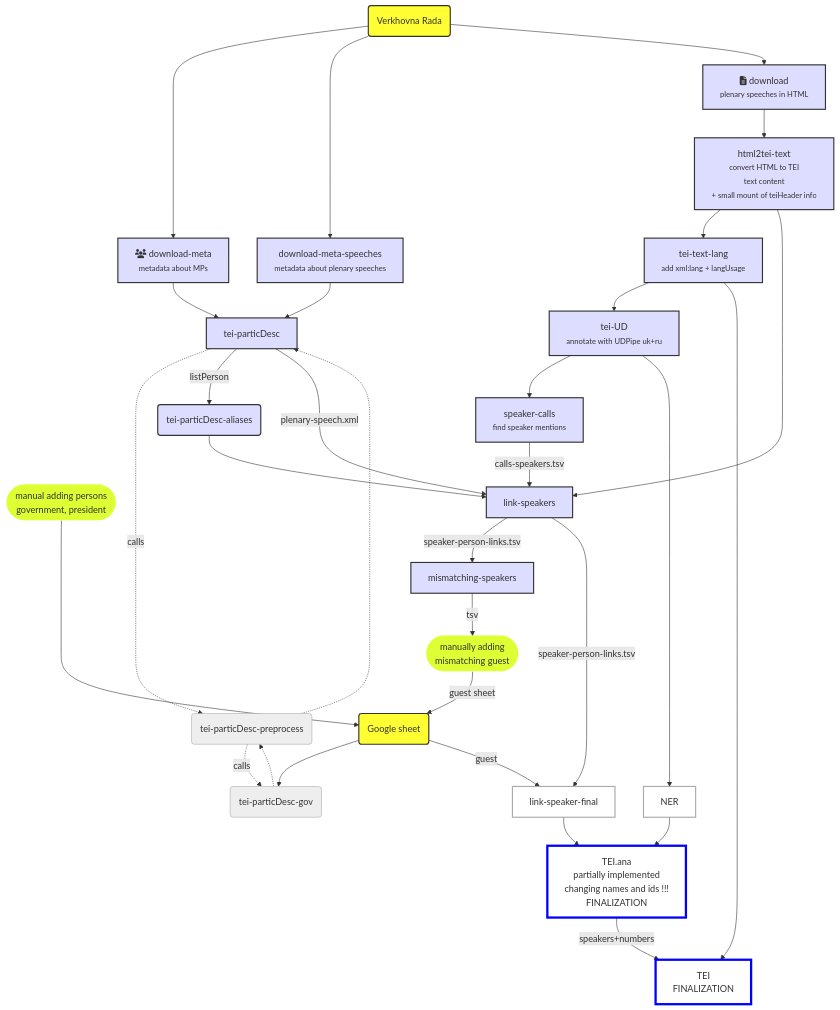
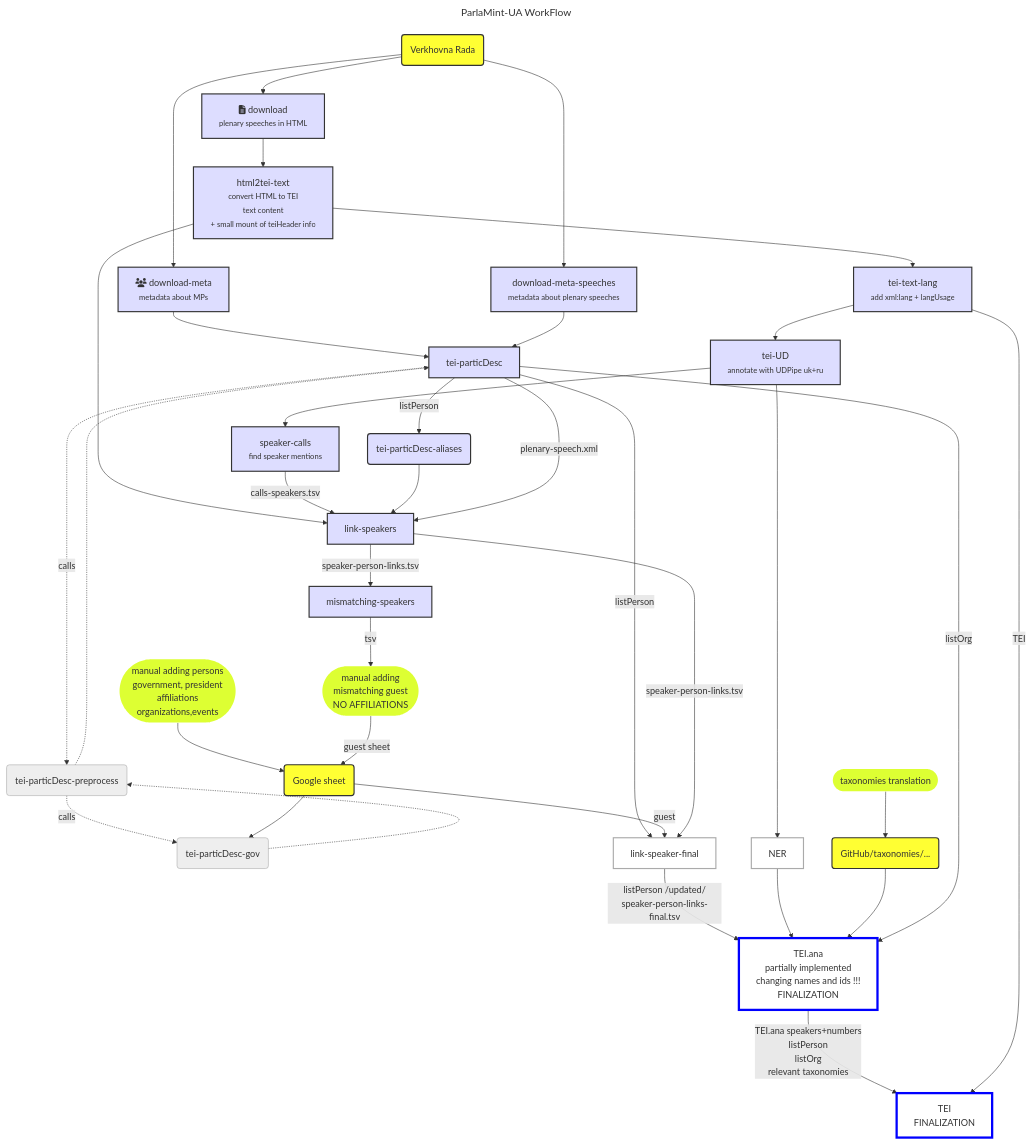
One commit to ufal/ParlaMint-UA changed the diagram in README.md. Above: the diagram before and after it, drawn with Mermaid.

Commit message:
update diagram

````diff
--- a/README.md
+++ b/README.md
@@ -5,68 +5,75 @@
 ```mermaid
+---
+title: ParlaMint-UA WorkFlow
+---
 graph TB
     VR(Verkhovna Rada):::in
-    
+
     DM[fa:fa-users download-meta<br><small>metadata about MPs</small>]
     VR --> DM
     DMsp[download-meta-speeches<br><small>metadata about plenary speeches</small>]
     VR --> DMsp
     tei-particDesc[tei-particDesc]
     DM --> tei-particDesc
     DMsp --> tei-particDesc
 
     tei-particDesc -. calls .-> tei-particDesc-preprocess(tei-particDesc-preprocess):::gr
     tei-particDesc-preprocess -.-> tei-particDesc
     tei-particDesc-preprocess -. calls .-> tei-particDesc-gov(tei-particDesc-gov):::gr
     tei-particDesc-gov -.-> tei-particDesc-preprocess
-    GOV([manual adding persons<br>government, president]):::MANUAL
-    GS(Google sheet):::in 
-    GOV ----> GS
+    GOV([manual adding persons<br>government, president<br>affiliations<br>organizations,events]):::MANUAL
+    GS(Google sheet):::in
+    GOV --> GS
     GS --> tei-particDesc-gov
     tei-particDesc --listPerson--> tei-particDesc-aliases(tei-particDesc-aliases)
- 
+
     DP[fa:fa-file-text download<br><small>plenary speeches in HTML</small>]
     VR --> DP
 
     HTML[html2tei-text<br><small>convert HTML to TEI<br>text content <br>+ small mount of teiHeader info</small>]
     DP --> HTML
     TEIlang[tei-text-lang<br><small>add xml:lang + langUsage </small>]
     HTML --> TEIlang
     TEIud[tei-UD<br><small>annotate with UDPipe uk+ru</small>]
     TEIlang --> TEIud
     SC[speaker-calls<br><small>find speaker mentions</small>]
     TEIud --> SC
-    
+
     TEIner[NER]:::TODO
     TEIud --> TEIner
 
     link-speakers[link-speakers]
     HTML --> link-speakers
     SC --calls-speakers.tsv--> link-speakers
     tei-particDesc-aliases --> link-speakers
     tei-particDesc --plenary-speech.xml--> link-speakers
 
     mismatching-speakers[mismatching-speakers]
     link-speakers --speaker-person-links.tsv--> mismatching-speakers
-    manMiss([manually adding<br>mismatching guest]):::MANUAL
+    manMiss([manual adding<br>mismatching guest<br>NO AFFILIATIONS]):::MANUAL
     mismatching-speakers --tsv--> manMiss
     manMiss --guest sheet-->GS
-    
+
     link-speaker-final[link-speaker-final]:::TODO
+    tei-particDesc --listPerson--> link-speaker-final
     GS --guest--> link-speaker-final
     link-speakers --speaker-person-links.tsv--> link-speaker-final
+    taxonomies-man([taxonomies translation]):::MANUAL --> taxonomies(GitHub/taxonomies/...):::in
 
     TEIana[TEI.ana<br>partially implemented<br>changing names and ids !!!<br>FINALIZATION]:::TODOfin
-    link-speaker-final --> TEIana
+    link-speaker-final --listPerson /updated/<br>speaker-person-links-final.tsv--> TEIana
     TEIner --> TEIana
-    
+    taxonomies --> TEIana
+    tei-particDesc --listOrg--> TEIana
+
     TEI[TEI<br>FINALIZATION]:::TODOfin
-    TEIana --speakers+numbers-->TEI
-    TEIlang -->TEI
+    TEIana --TEI.ana speakers+numbers<br>listPerson<br>listOrg<br>relevant taxonomies-->TEI
+    TEIlang --TEI-->TEI
     
     classDef default fill:#ddf,stroke:#333,stroke-width:2px;
     classDef in fill:#ff3;
     classDef gr fill:#eee,stroke:#aaa,stroke-width:1px;
     classDef TODO fill:#fff,stroke:#aaa;
     classDef TODOfin fill:#fff,stroke:#00f,stroke-width:4px;
     classDef MANUAL fill:#df3,stroke-width:0px;
 ```
````
